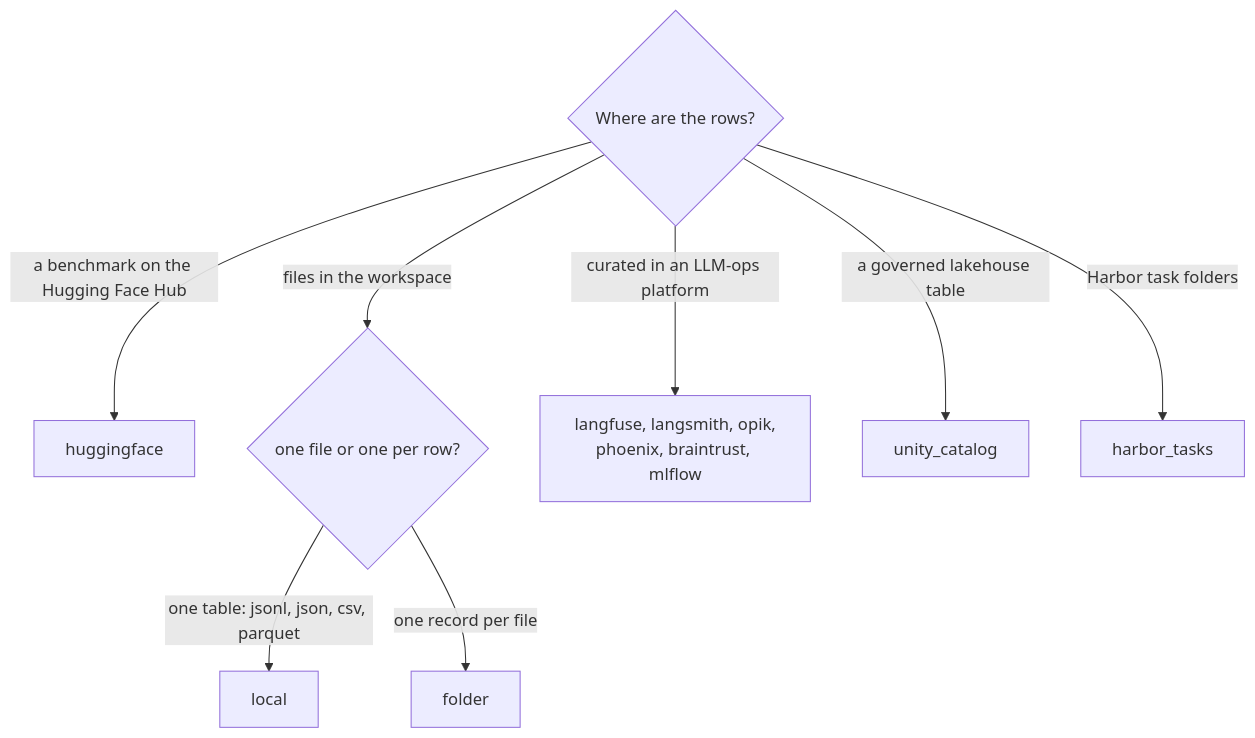
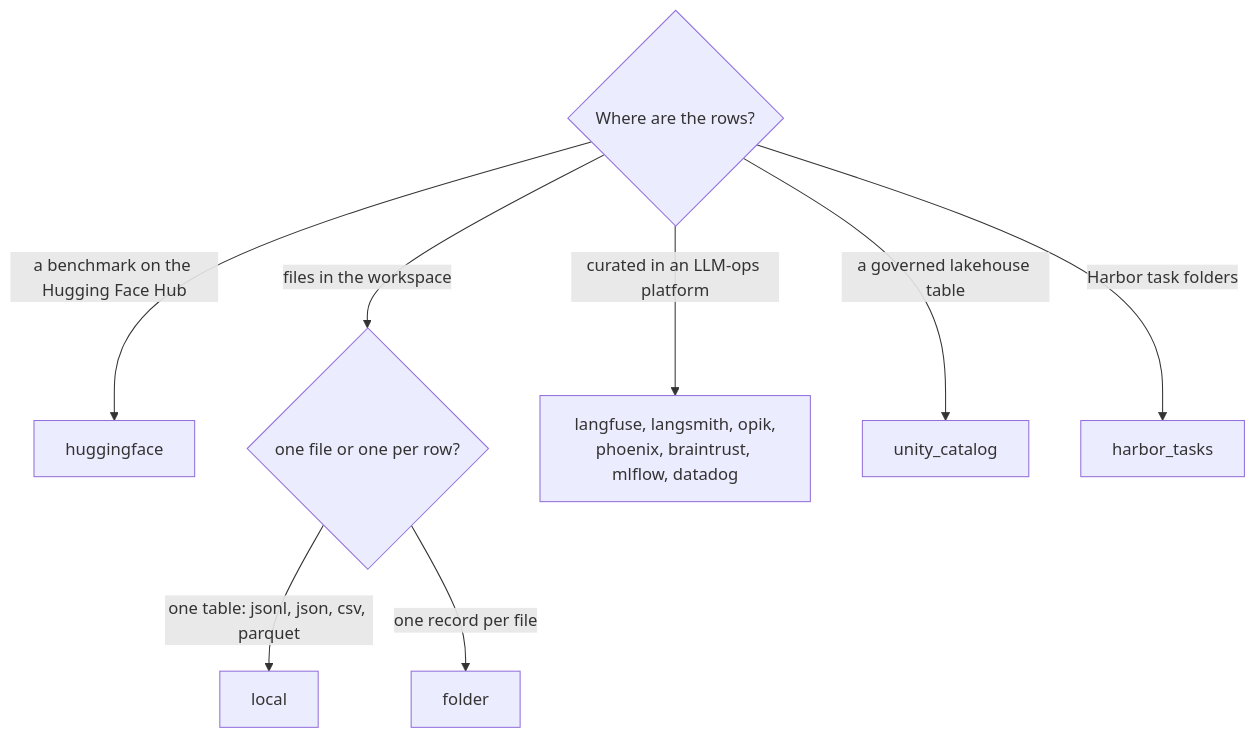
The second of 2 diagrams in docs/guides/datasets.md (Atena-IT/open-arena), drawn with Mermaid before and after one commit. The commit also changed other lines of this file and 11 other files, not shown here.

````diff
--- a/docs/guides/datasets.md
+++ b/docs/guides/datasets.md
@@ -351,10 +351,10 @@
 ```mermaid
 flowchart TD
   A{Where are the rows?} -->|a benchmark on the Hugging Face Hub| HF[huggingface]
   A -->|files in the workspace| B{one file or one per row?}
   B -->|one table: jsonl, json, csv, parquet| L[local]
   B -->|one record per file| F[folder]
-  A -->|curated in an LLM-ops platform| P[langfuse, langsmith, opik,<br/>phoenix, braintrust, mlflow]
+  A -->|curated in an LLM-ops platform| P[langfuse, langsmith, opik,<br/>phoenix, braintrust, mlflow, datadog]
   A -->|a governed lakehouse table| U[unity_catalog]
   A -->|Harbor task folders| H[harbor_tasks]
 ```
````
